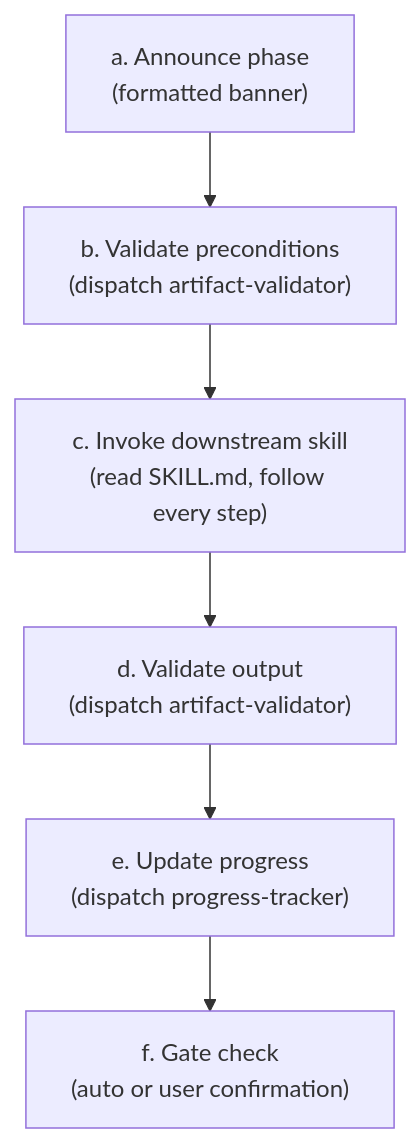
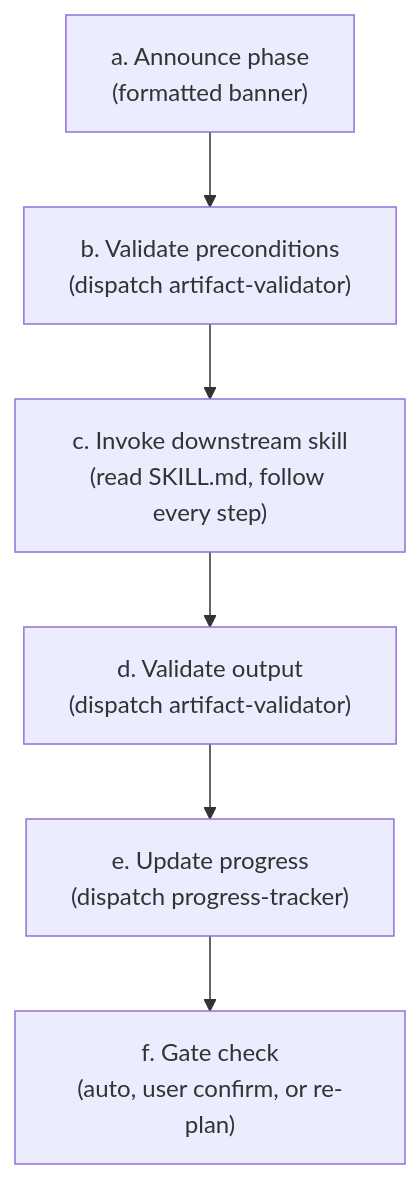
One commit to b-mendoza/agent-skills changed the first of 3 diagrams in docs/orchestrating-jira-workflow/05-principles-and-patterns.md. Above: the diagram before and after it, drawn with Mermaid. The commit also changed other lines of this file and 5 other files, not shown here.

First line of the commit message:
docs(orchestrating-jira-workflow): update architecture docs for 7-phase pipeline

````diff
--- a/docs/orchestrating-jira-workflow/05-principles-and-patterns.md
+++ b/docs/orchestrating-jira-workflow/05-principles-and-patterns.md
@@ -64,11 +80,11 @@
 ```mermaid
 flowchart TD
-    A["a. Announce phase<br/>(formatted banner)"]
-    B["b. Validate preconditions<br/>(dispatch artifact-validator)"]
-    C["c. Invoke downstream skill<br/>(read SKILL.md, follow every step)"]
-    D["d. Validate output<br/>(dispatch artifact-validator)"]
-    E["e. Update progress<br/>(dispatch progress-tracker)"]
-    F["f. Gate check<br/>(auto or user confirmation)"]
+    A["a. Announce phase\n(formatted banner)"]
+    B["b. Validate preconditions\n(dispatch artifact-validator)"]
+    C["c. Invoke downstream skill\n(read SKILL.md, follow every step)"]
+    D["d. Validate output\n(dispatch artifact-validator)"]
+    E["e. Update progress\n(dispatch progress-tracker)"]
+    F["f. Gate check\n(auto, user confirm, or re-plan)"]
 
     A --> B --> C --> D --> E --> F
 ```
````
